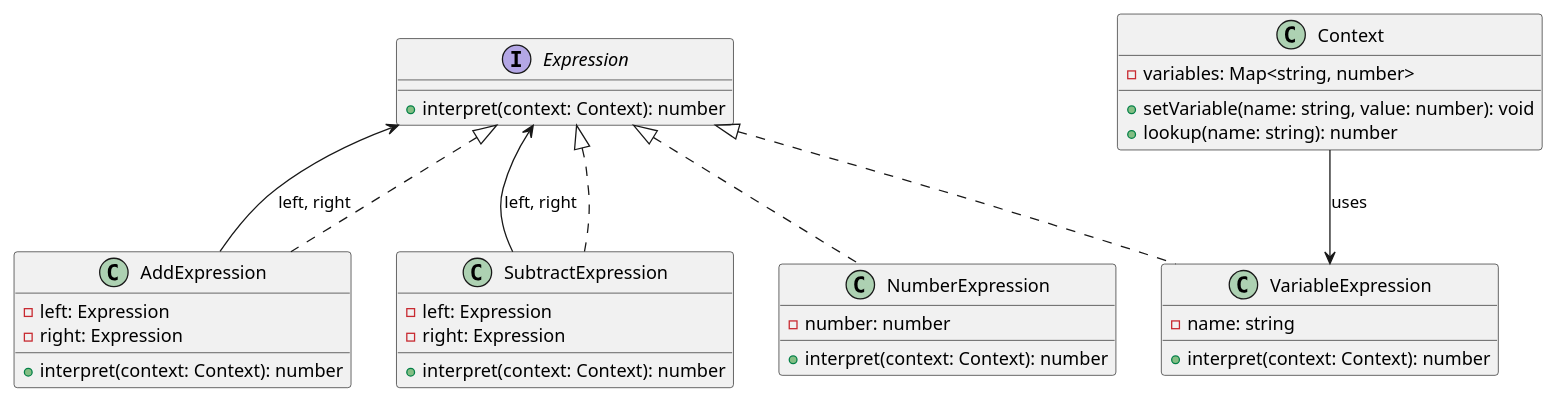
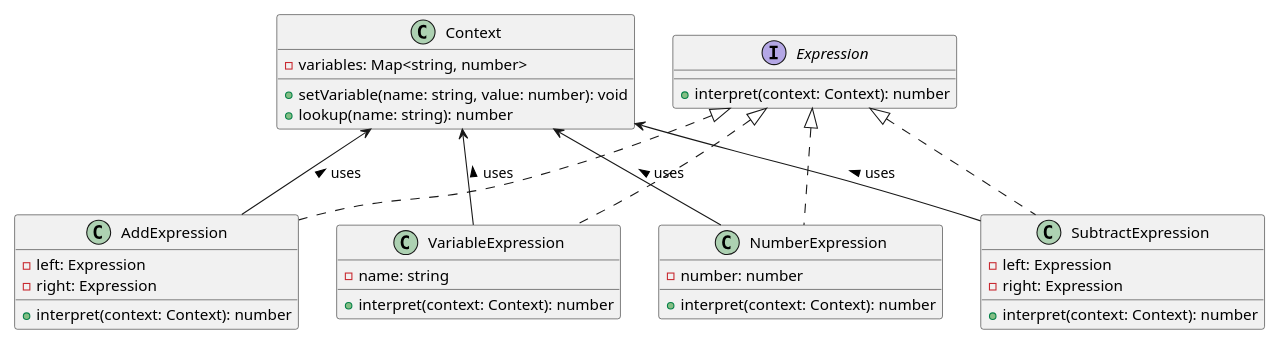
Before and after one commit to MC-Spraint/DSA-IN_TS-2024: the sixth of 11 diagrams in interview_prep/diagram.md, drawn with PlantUML. The commit also changed other lines of this file and 7 other files, not shown here.

```diff
--- a/interview_prep/diagram.md
+++ b/interview_prep/diagram.md
@@ -175,45 +174,40 @@
 @startuml
-scale 0.95
+scale 0.8
 
 interface Expression {
   + interpret(context: Context): number
 }
 
-class NumberExpression {
+class NumberExpression implements Expression{
   - number: number
   + interpret(context: Context): number
 }
 
-class VariableExpression {
+class VariableExpression  implements Expression{
   - name: string
   + interpret(context: Context): number
 }
 
-class AddExpression {
+class AddExpression  implements Expression{
   - left: Expression
   - right: Expression
   + interpret(context: Context): number
 }
 
-class SubtractExpression {
+class SubtractExpression  implements Expression{
   - left: Expression
   - right: Expression
   + interpret(context: Context): number
 }
 
 class Context {
   - variables: Map<string, number>
   + setVariable(name: string, value: number): void
   + lookup(name: string): number
 }
-
-Expression <|.. NumberExpression
-Expression <|.. VariableExpression
-Expression <|.. AddExpression
-Expression <|.. SubtractExpression
-AddExpression --> Expression : left, right
-SubtractExpression --> Expression : left, right
-
-Context --> VariableExpression : uses
+NumberExpression -up-> Context : uses >
+VariableExpression -up-> Context : uses >
+AddExpression -up-> Context : uses >
+SubtractExpression -up-> Context : uses >
 
 @enduml
```
